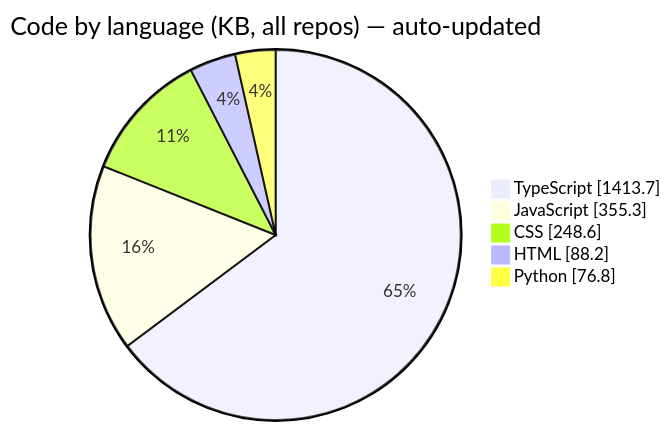
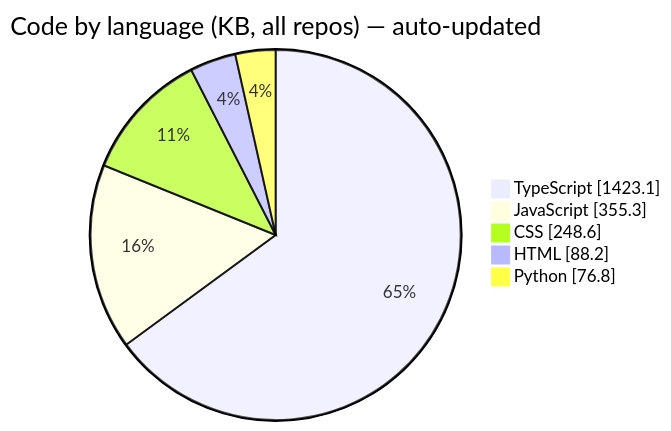
One commit to Manashjyoti-Bora/Manashjyoti-Bora changed the third of 6 diagrams in README.md. Above: the diagram before and after it, drawn with Mermaid. The commit also changed other lines of this file and 2 other files, not shown here.

````diff
--- a/README.md
+++ b/README.md
@@ -196,9 +196,9 @@
 ```mermaid
 pie showData
     title Code by language (KB, all repos) — auto-updated
-    "TypeScript" : 1413.7
+    "TypeScript" : 1423.1
     "JavaScript" : 355.3
     "CSS" : 248.6
     "HTML" : 88.2
     "Python" : 76.8
 ```
````
